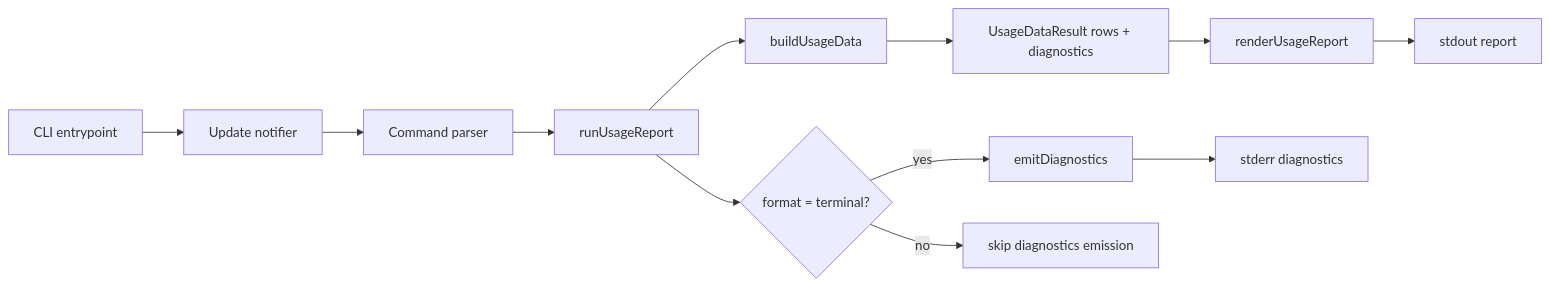
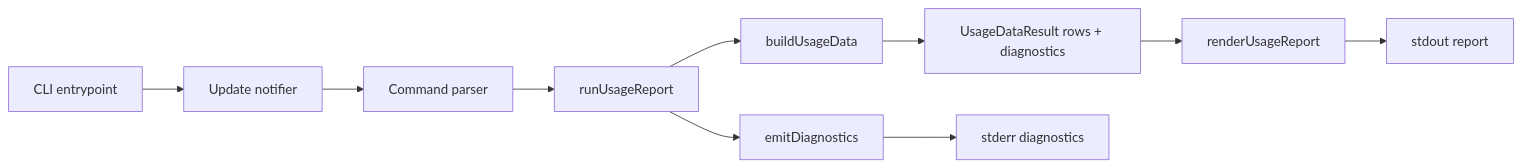
Before and after one commit to ben-vargas/ai-llm-usage-metrics: the first of 3 diagrams in docs/architecture.md, drawn with Mermaid. The commit also changed other lines of this file and 4 other files, not shown here.

````diff
--- a/docs/architecture.md
+++ b/docs/architecture.md
@@ -21,14 +21,12 @@
 ```mermaid
 flowchart LR
     A[CLI entrypoint] --> B[Update notifier]
     B --> C[Command parser]
     C --> D[runUsageReport]
     D --> E[buildUsageData]
     E --> F[UsageDataResult rows + diagnostics]
     F --> G[renderUsageReport]
     G --> H[stdout report]
-    D --> I{format = terminal?}
-    I -- yes --> J[emitDiagnostics]
+    D --> J[emitDiagnostics]
     J --> K[stderr diagnostics]
-    I -- no --> L[skip diagnostics emission]
 ```
````
